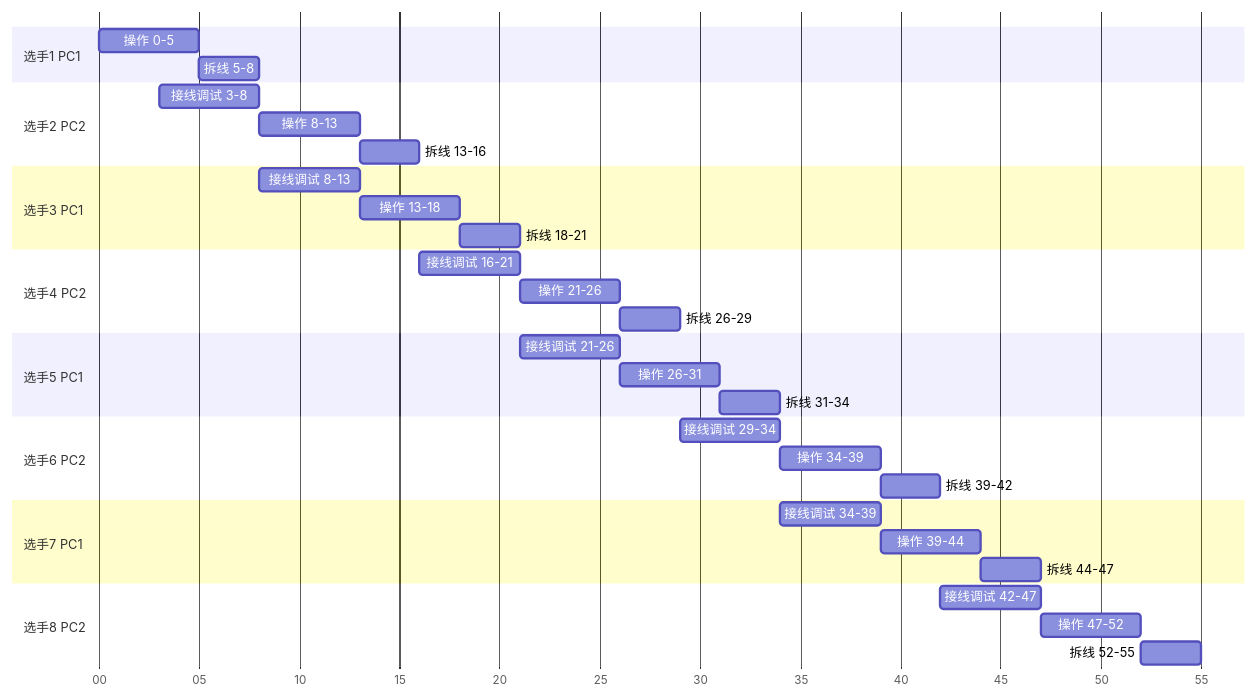
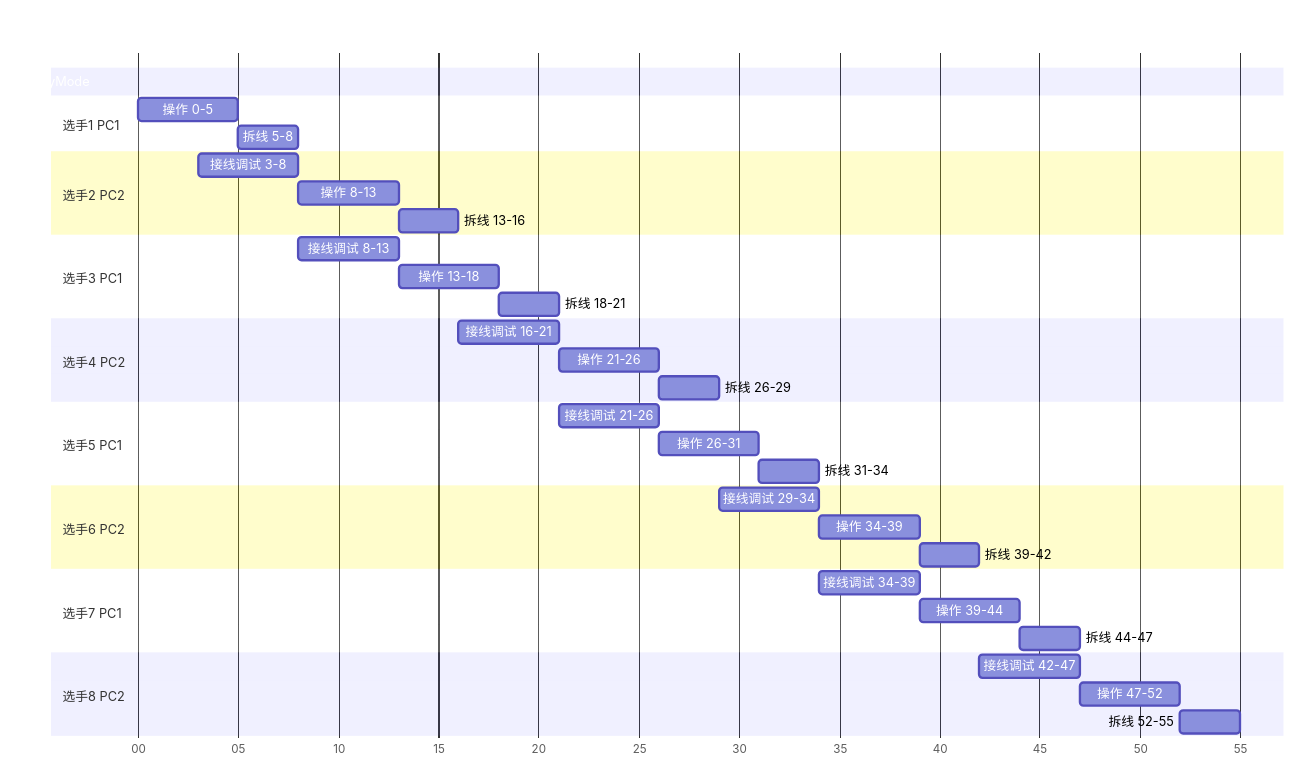
One commit to hezengyu/iodraw-files changed the diagram in all/未命名.md. Above: the diagram before and after it, drawn with Mermaid.

Commit message:
2026-10-31 14:00:52 update

````diff
--- a/all/未命名.md
+++ b/all/未命名.md
@@ -1,47 +1,48 @@
 ```mermaid
 gantt
     dateFormat HH:mm
     axisFormat %M
     tickInterval 5m
     todayMarker off
+    displayMode: compact
 
     section 选手1 PC1
     操作 0-5          :s1a, 00:00, 5m
     拆线 5-8          :s1b, 00:05, 3m
 
     section 选手2 PC2
     接线调试 3-8      :s2a, 00:03, 5m
     操作 8-13         :s2b, 00:08, 5m
     拆线 13-16        :s2c, 00:13, 3m
 
     section 选手3 PC1
     接线调试 8-13     :s3a, 00:08, 5m
     操作 13-18        :s3b, 00:13, 5m
     拆线 18-21        :s3c, 00:18, 3m
 
     section 选手4 PC2
     接线调试 16-21    :s4a, 00:16, 5m
     操作 21-26        :s4b, 00:21, 5m
     拆线 26-29        :s4c, 00:26, 3m
 
     section 选手5 PC1
     接线调试 21-26    :s5a, 00:21, 5m
     操作 26-31        :s5b, 00:26, 5m
     拆线 31-34        :s5c, 00:31, 3m
 
     section 选手6 PC2
     接线调试 29-34    :s6a, 00:29, 5m
     操作 34-39        :s6b, 00:34, 5m
     拆线 39-42        :s6c, 00:39, 3m
 
     section 选手7 PC1
     接线调试 34-39    :s7a, 00:34, 5m
     操作 39-44        :s7b, 00:39, 5m
     拆线 44-47        :s7c, 00:44, 3m
 
     section 选手8 PC2
     接线调试 42-47    :s8a, 00:42, 5m
     操作 47-52        :s8b, 00:47, 5m
     拆线 52-55        :s8c, 00:52, 3m
 
 ```
````
